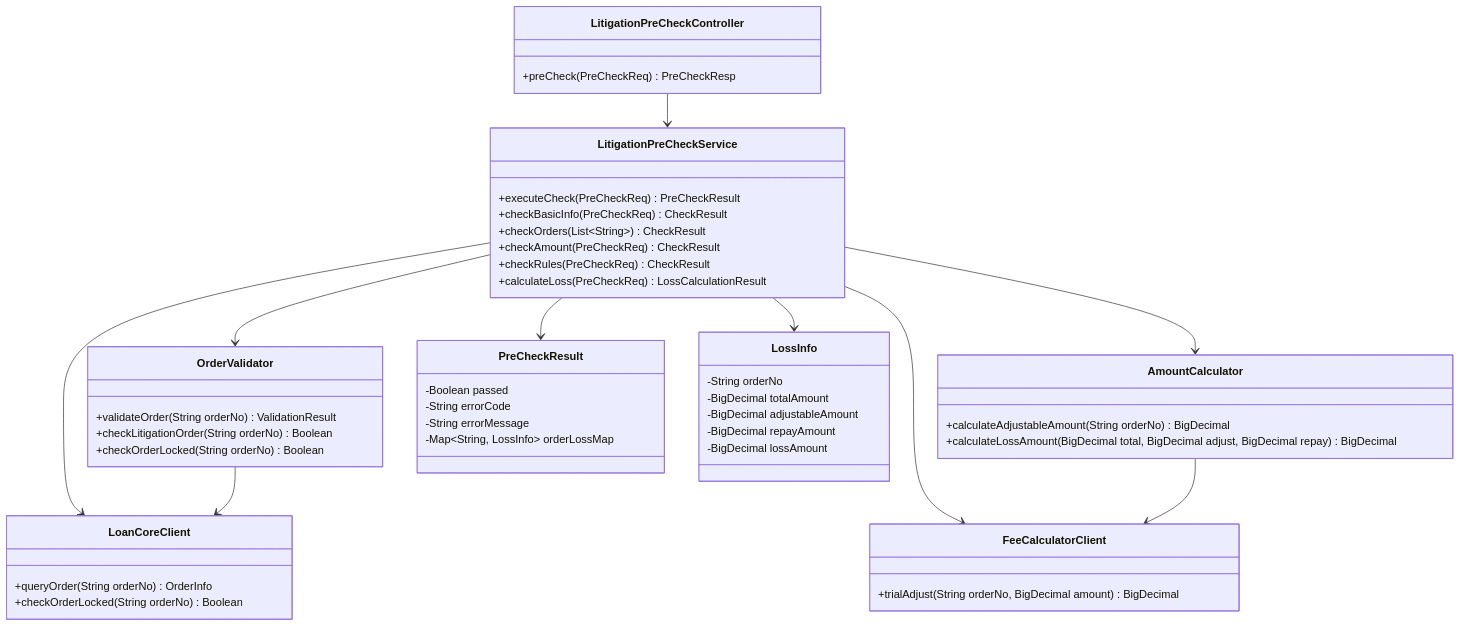
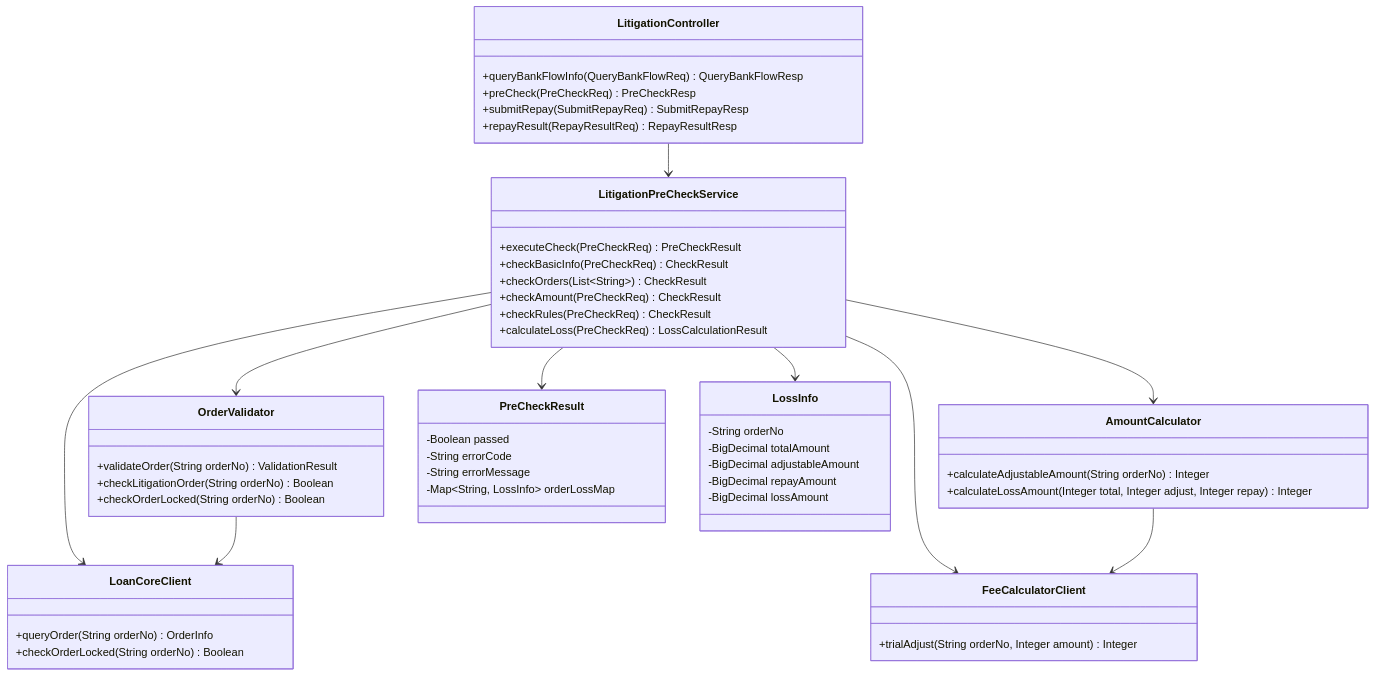
The third of 10 diagrams in shuhe/workspace/accountingoperation/iteration/202502-法诉自动入账/详细设计-AO系统.md (topson-cn/obsidian_note), drawn with Mermaid before and after one commit. The commit also changed other lines of this file and 3 other files, not shown here.

````diff
--- a/shuhe/workspace/accountingoperation/iteration/202502-法诉自动入账/详细设计-AO系统.md
+++ b/shuhe/workspace/accountingoperation/iteration/202502-法诉自动入账/详细设计-AO系统.md
@@ -269,60 +323,63 @@
 ```mermaid
 classDiagram
-    class LitigationPreCheckController {
+    class LitigationController {
+        +queryBankFlowInfo(QueryBankFlowReq) QueryBankFlowResp
         +preCheck(PreCheckReq) PreCheckResp
+        +submitRepay(SubmitRepayReq) SubmitRepayResp
+        +repayResult(RepayResultReq) RepayResultResp
     }
 
     class LitigationPreCheckService {
         +executeCheck(PreCheckReq) PreCheckResult
         +checkBasicInfo(PreCheckReq) CheckResult
         +checkOrders(List~String~) CheckResult
         +checkAmount(PreCheckReq) CheckResult
         +checkRules(PreCheckReq) CheckResult
         +calculateLoss(PreCheckReq) LossCalculationResult
     }
 
     class OrderValidator {
         +validateOrder(String orderNo) ValidationResult
         +checkLitigationOrder(String orderNo) Boolean
         +checkOrderLocked(String orderNo) Boolean
     }
 
     class AmountCalculator {
-        +calculateAdjustableAmount(String orderNo) BigDecimal
-        +calculateLossAmount(BigDecimal total, BigDecimal adjust, BigDecimal repay) BigDecimal
+        +calculateAdjustableAmount(String orderNo) Integer
+        +calculateLossAmount(Integer total, Integer adjust, Integer repay) Integer
     }
 
     class FeeCalculatorClient {
-        +trialAdjust(String orderNo, BigDecimal amount) BigDecimal
+        +trialAdjust(String orderNo, Integer amount) Integer
     }
 
     class LoanCoreClient {
         +queryOrder(String orderNo) OrderInfo
         +checkOrderLocked(String orderNo) Boolean
     }
 
     class PreCheckResult {
         -Boolean passed
         -String errorCode
         -String errorMessage
         -Map~String, LossInfo~ orderLossMap
     }
 
     class LossInfo {
         -String orderNo
         -BigDecimal totalAmount
         -BigDecimal adjustableAmount
         -BigDecimal repayAmount
         -BigDecimal lossAmount
     }
 
-    LitigationPreCheckController --> LitigationPreCheckService
+    LitigationController --> LitigationPreCheckService
     LitigationPreCheckService --> OrderValidator
     LitigationPreCheckService --> AmountCalculator
     LitigationPreCheckService --> FeeCalculatorClient
     LitigationPreCheckService --> LoanCoreClient
     LitigationPreCheckService --> PreCheckResult
     LitigationPreCheckService --> LossInfo
     AmountCalculator --> FeeCalculatorClient
     OrderValidator --> LoanCoreClient
 ```
````
